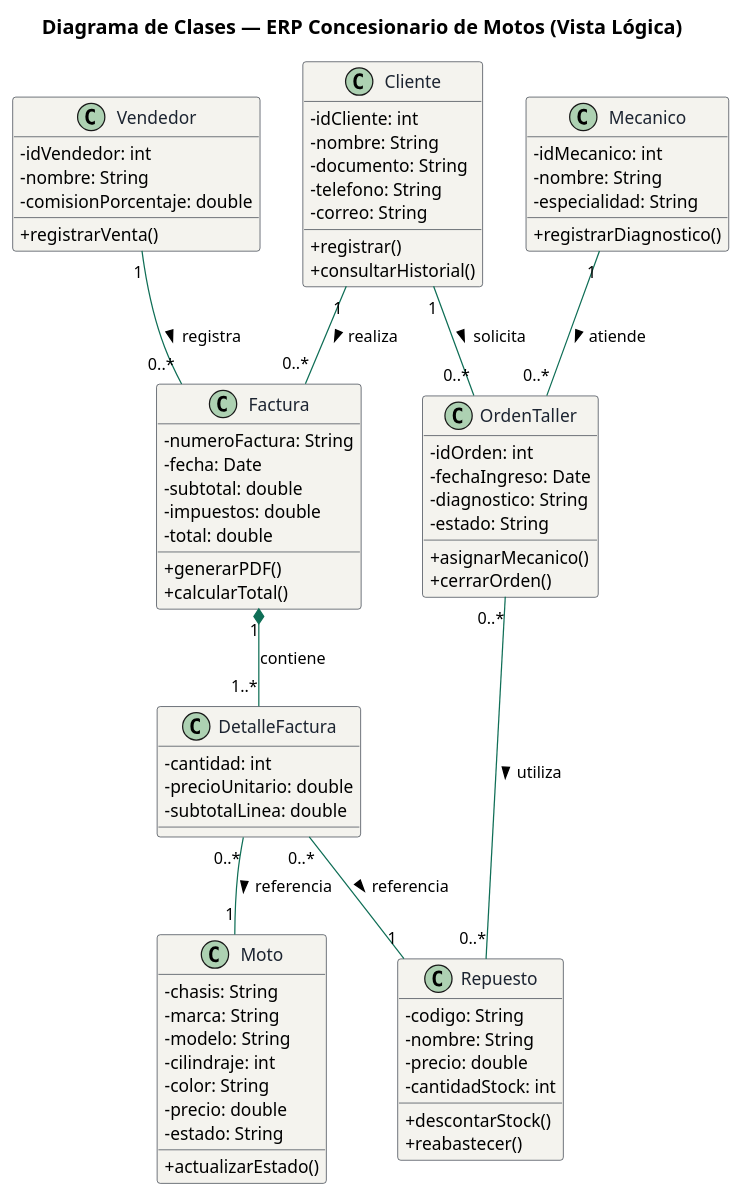
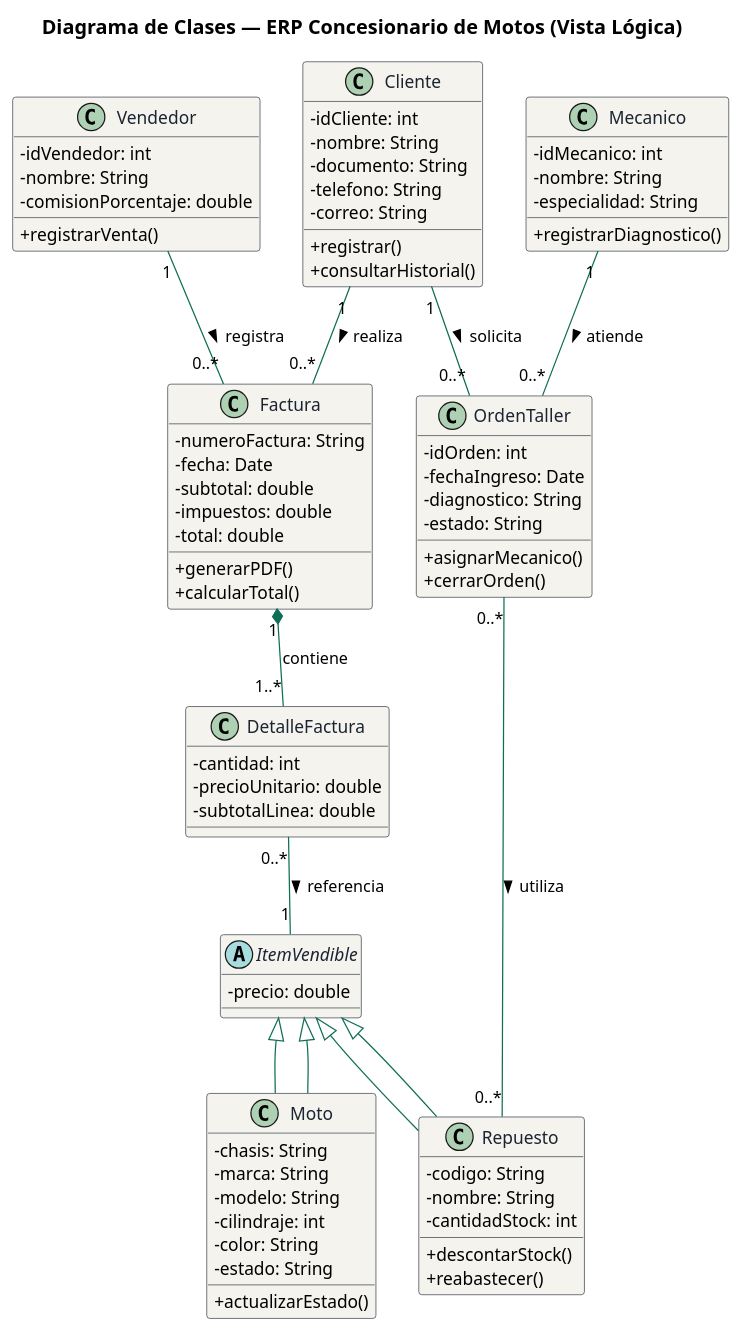
One commit to hannakathe/motos-erp changed the diagram in docs/diagramas/plantuml/diagrama_clases.plantuml. Above: the diagram before and after it, drawn with PlantUML. The commit also changed 4 other files, not shown here.

```diff
--- a/docs/diagramas/plantuml/diagrama_clases.plantuml
+++ b/docs/diagramas/plantuml/diagrama_clases.plantuml
@@ -1,93 +1,96 @@
 @startuml diagrama_clases
 skinparam backgroundColor #FFFFFF
 skinparam classAttributeIconSize 0
 skinparam class {
   BackgroundColor #F4F3EE
   BorderColor #1c2431
   ArrowColor #0F6E56
   FontColor #1c2431
   FontName Helvetica
 }
 skinparam packageStyle rectangle
 skinparam titleFontSize 16
 title Diagrama de Clases — ERP Concesionario de Motos (Vista Lógica)
 
 class Cliente {
   - idCliente: int
   - nombre: String
   - documento: String
   - telefono: String
   - correo: String
   + registrar()
   + consultarHistorial()
 }
 
 class Vendedor {
   - idVendedor: int
   - nombre: String
   - comisionPorcentaje: double
   + registrarVenta()
 }
 
-class Moto {
+abstract class ItemVendible {
+  - precio: double
+}
+
+class Moto extends ItemVendible {
   - chasis: String
   - marca: String
   - modelo: String
   - cilindraje: int
   - color: String
-  - precio: double
   - estado: String
   + actualizarEstado()
 }
 
-class Repuesto {
+class Repuesto extends ItemVendible {
   - codigo: String
   - nombre: String
-  - precio: double
   - cantidadStock: int
   + descontarStock()
   + reabastecer()
 }
 
 class Factura {
   - numeroFactura: String
   - fecha: Date
   - subtotal: double
   - impuestos: double
   - total: double
   + generarPDF()
   + calcularTotal()
 }
 
 class DetalleFactura {
   - cantidad: int
   - precioUnitario: double
   - subtotalLinea: double
 }
 
 class OrdenTaller {
   - idOrden: int
   - fechaIngreso: Date
   - diagnostico: String
   - estado: String
   + asignarMecanico()
   + cerrarOrden()
 }
 
 class Mecanico {
   - idMecanico: int
   - nombre: String
   - especialidad: String
   + registrarDiagnostico()
 }
 
 Cliente "1" -- "0..*" Factura : realiza >
 Vendedor "1" -- "0..*" Factura : registra >
 Factura "1" *-- "1..*" DetalleFactura : contiene
-DetalleFactura "0..*" -- "1" Moto : referencia >
-DetalleFactura "0..*" -- "1" Repuesto : referencia >
+DetalleFactura "0..*" -- "1" ItemVendible : referencia >
+Moto --|> ItemVendible
+Repuesto --|> ItemVendible
 Cliente "1" -- "0..*" OrdenTaller : solicita >
 Mecanico "1" -- "0..*" OrdenTaller : atiende >
 OrdenTaller "0..*" -- "0..*" Repuesto : utiliza >
 
 @enduml
```
